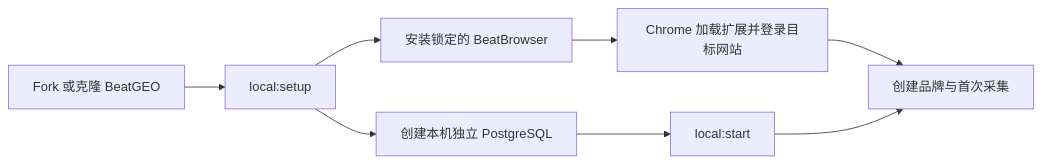
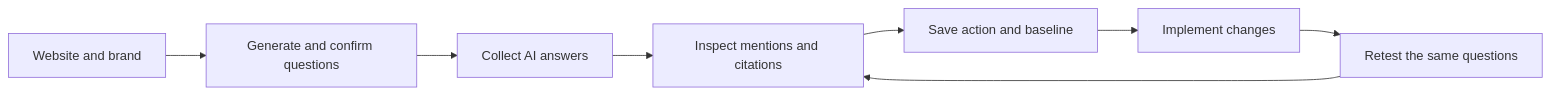
One commit to BeatAPI/BeatGEO changed the diagram in README.md. Above: the diagram before and after it, drawn with Mermaid. The commit also changed other lines of this file and 5 other files, not shown here.

Commit message:
Introduce BeatGEO with multilingual product readmes

````diff
--- a/README.md
+++ b/README.md
@@ -49,10 +50,10 @@
 ```mermaid
 flowchart LR
-    A[Fork 或克隆 BeatGEO] --> B[local:setup]
-    B --> C[安装锁定的 BeatBrowser]
-    B --> D[创建本机独立 PostgreSQL]
-    C --> E[Chrome 加载扩展并登录目标网站]
-    D --> F[local:start]
-    E --> G[创建品牌与首次采集]
-    F --> G
+    A[Website and brand] --> B[Generate and confirm questions]
+    B --> C[Collect AI answers]
+    C --> D[Inspect mentions and citations]
+    D --> E[Save action and baseline]
+    E --> F[Implement changes]
+    F --> G[Retest the same questions]
+    G --> D
 ```
````
